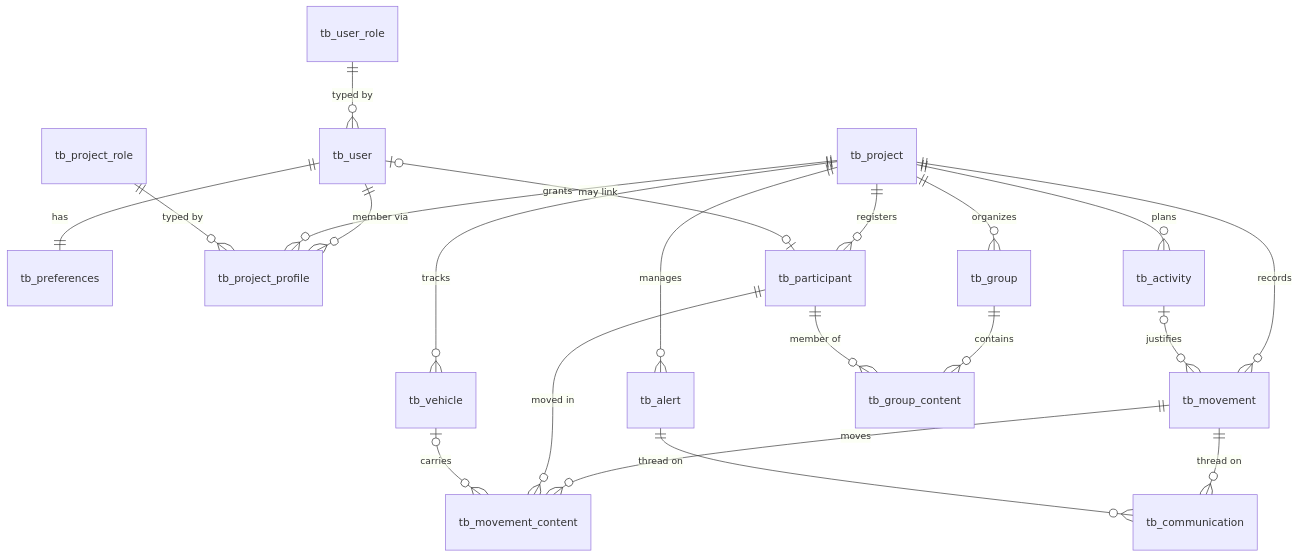
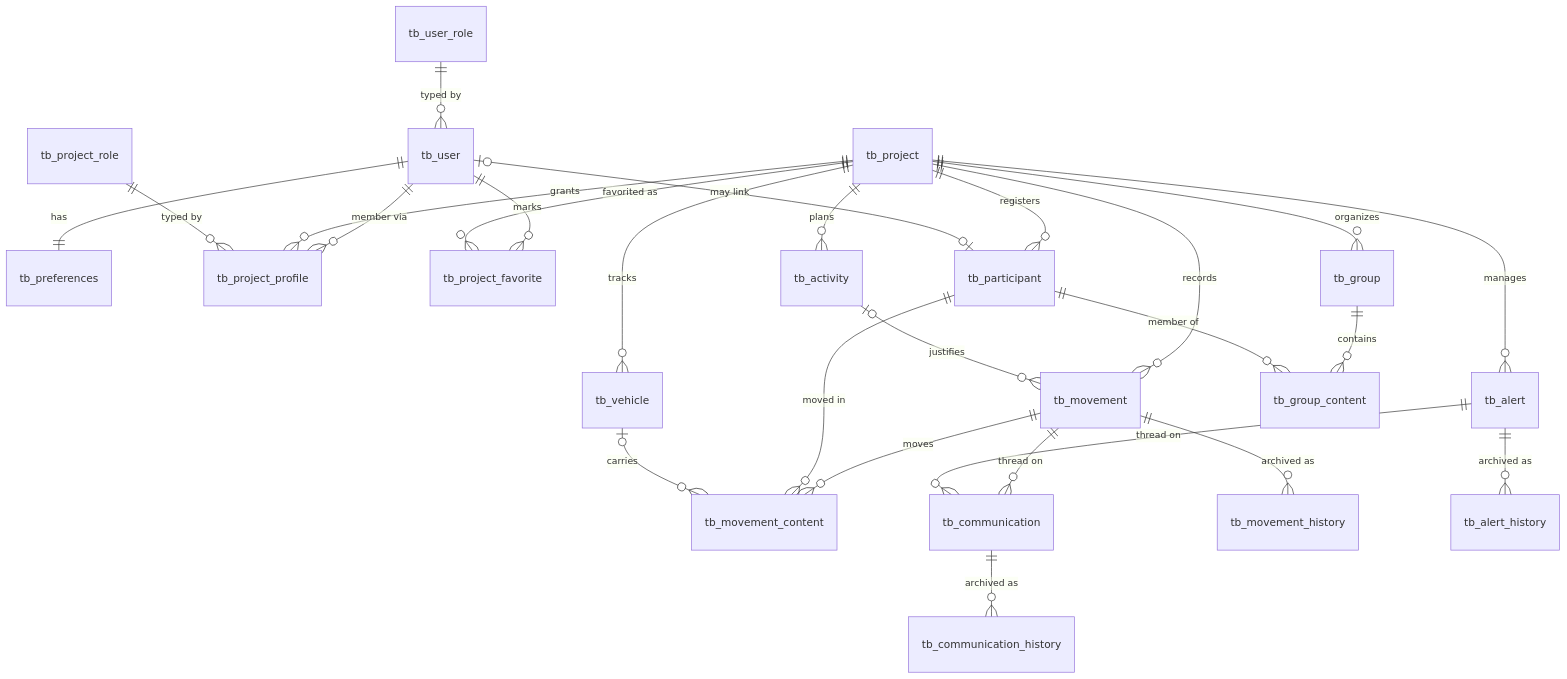
Before and after one commit to laucoin/Documentations: the diagram in documentation/registry/technical/data-model.md, drawn with Mermaid. The commit also changed other lines of this file and 52 other files, not shown here.

````diff
--- a/documentation/registry/technical/data-model.md
+++ b/documentation/registry/technical/data-model.md
@@ -7,23 +12,28 @@
 ```mermaid
 erDiagram
     tb_user ||--|| tb_preferences : has
     tb_user ||--o{ tb_project_profile : "member via"
+    tb_user ||--o{ tb_project_favorite : "marks"
+    tb_project ||--o{ tb_project_favorite : "favorited as"
     tb_project ||--o{ tb_project_profile : grants
     tb_user_role ||--o{ tb_user : "typed by"
     tb_project_role ||--o{ tb_project_profile : "typed by"
     tb_project ||--o{ tb_participant : registers
     tb_project ||--o{ tb_group : organizes
     tb_project ||--o{ tb_movement : records
     tb_project ||--o{ tb_vehicle : tracks
     tb_project ||--o{ tb_activity : plans
     tb_project ||--o{ tb_alert : manages
     tb_user |o--o| tb_participant : "may link"
     tb_group ||--o{ tb_group_content : contains
     tb_participant ||--o{ tb_group_content : "member of"
     tb_movement ||--o{ tb_movement_content : moves
     tb_participant ||--o{ tb_movement_content : "moved in"
     tb_vehicle |o--o{ tb_movement_content : "carries"
     tb_activity |o--o{ tb_movement : justifies
     tb_movement ||--o{ tb_communication : "thread on"
     tb_alert ||--o{ tb_communication : "thread on"
+    tb_movement ||--o{ tb_movement_history : "archived as"
+    tb_alert ||--o{ tb_alert_history : "archived as"
+    tb_communication ||--o{ tb_communication_history : "archived as"
 ```
````
